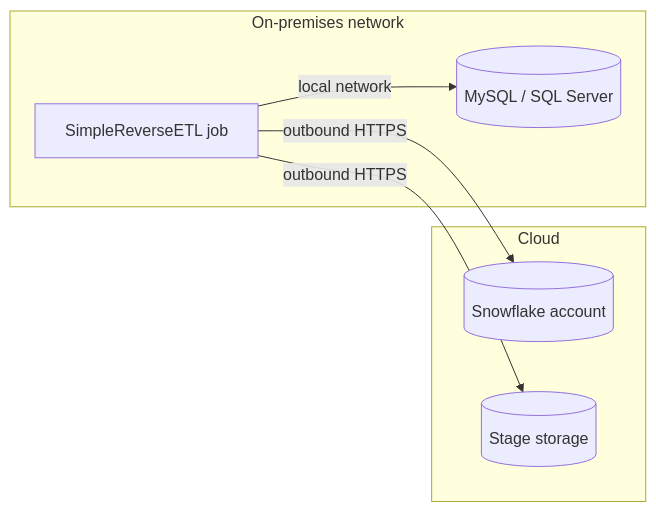
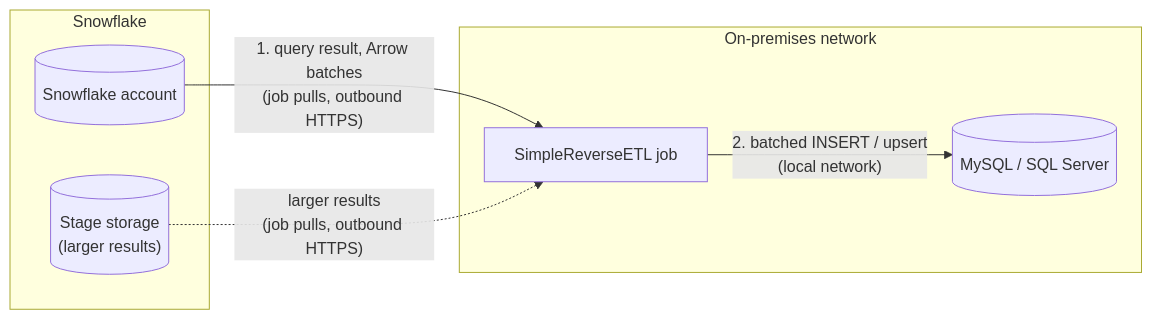
One commit to sfc-gh-mwalli/simple-reverse-etl changed the first of 2 diagrams in README.md. Above: the diagram before and after it, drawn with Mermaid. The commit also changed other lines of this file and 1 other file, not shown here.

First line of the commit message:
README: separate architecture diagrams for Transport A and Transport B

````diff
--- a/README.md
+++ b/README.md
@@ -45,14 +59,14 @@
 ```mermaid
 flowchart LR
+  subgraph cloud [Snowflake]
+    sf[("Snowflake account")]
+    res[("Stage storage<br/>(larger results)")]
+  end
   subgraph onprem [On-premises network]
     job["SimpleReverseETL job"]
     db[("MySQL / SQL Server")]
   end
-  subgraph cloud [Cloud]
-    sf[("Snowflake account")]
-    stg[("Stage storage")]
-  end
-  job -->|"outbound HTTPS"| sf
-  job -->|"outbound HTTPS"| stg
-  job -->|"local network"| db
+  sf -->|"1. query result, Arrow batches<br/>(job pulls, outbound HTTPS)"| job
+  res -.->|"larger results<br/>(job pulls, outbound HTTPS)"| job
+  job -->|"2. batched INSERT / upsert<br/>(local network)"| db
 ```
````
